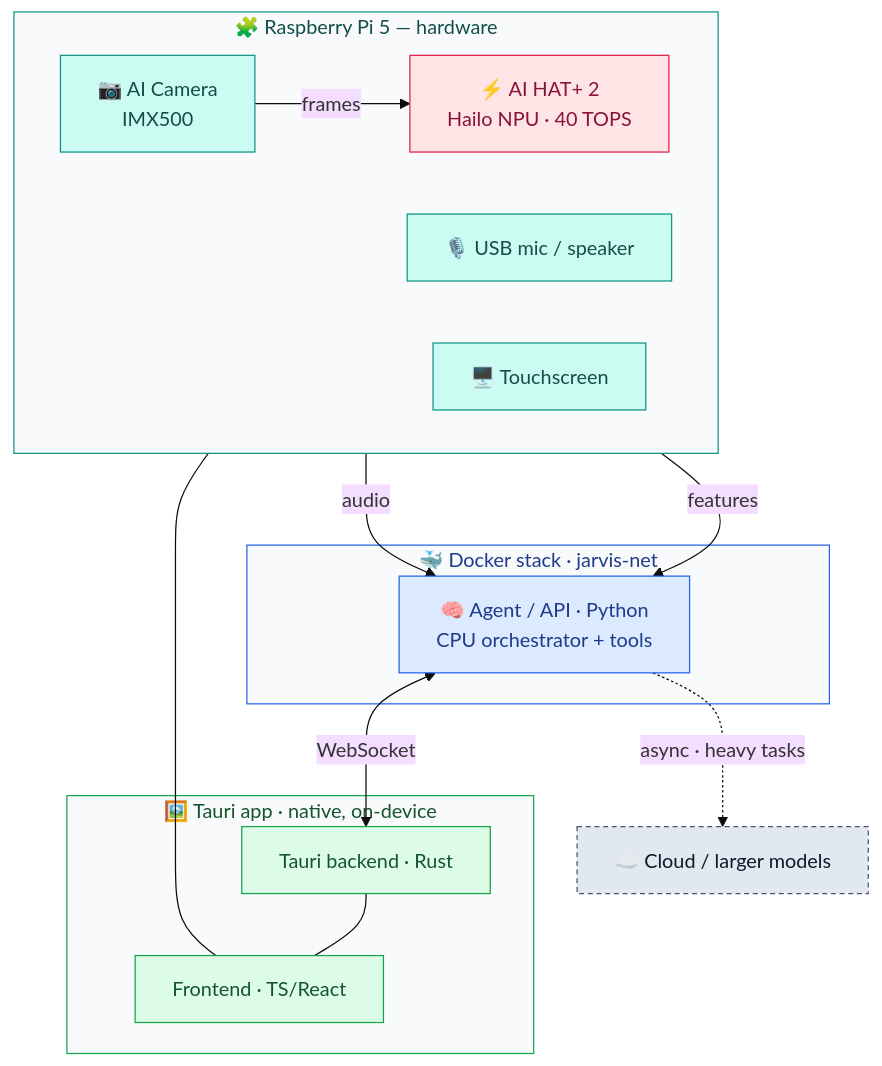
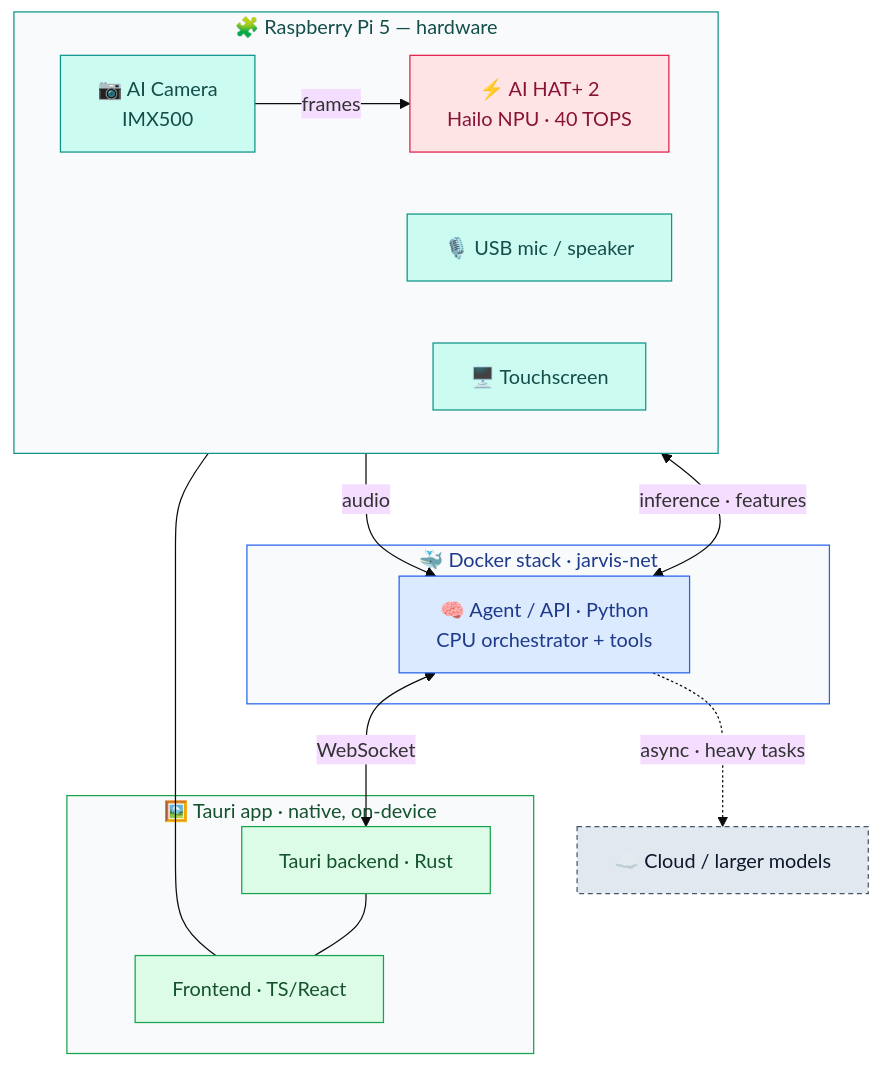
Before and after one commit to faering/jarvis: the diagram in docs/architecture.md, drawn with Mermaid (base theme).

Commit message:
docs: make the CPU <-> Hailo link bidirectional
The Pi 5 CPU orchestrator dispatches inference to the Hailo-10H (LLM / STT / TTS /
vision) and receives results, in addition to the camera -> Hailo -> agent
perception flow. Re-applied; the original fix was orphaned when the branch was
auto-deleted on merge of #54.

Refs #40

````diff
--- a/docs/architecture.md
+++ b/docs/architecture.md
@@ -6,39 +6,39 @@
 ```mermaid
 flowchart TB
   subgraph HW["🧩 Raspberry Pi 5 — hardware"]
     direction LR
     CAM["📷 AI Camera<br/>IMX500"]
     HAT["⚡ AI HAT+ 2<br/>Hailo NPU · 40 TOPS"]
     MIC["🎙️ USB mic / speaker"]
     SCR["🖥️ Touchscreen"]
   end
   subgraph DOCKER["🐳 Docker stack · jarvis-net"]
     AGENT["🧠 Agent / API · Python<br/>CPU orchestrator + tools"]
   end
   subgraph APP["🖼️ Tauri app · native, on-device"]
     UI["Frontend · TS/React"]
     RUST["Tauri backend · Rust"]
   end
   CLOUD["☁️ Cloud / larger models"]
 
   CAM -->|frames| HAT
-  HAT -->|features| AGENT
+  HAT <-->|inference · features| AGENT
   MIC -->|audio| AGENT
   AGENT <-->|WebSocket| RUST
   RUST --- UI --- SCR
   AGENT -.->|async · heavy tasks| CLOUD
 
   classDef hw fill:#CCFBF1,stroke:#0D9488,color:#134E4A;
   classDef acc fill:#FFE4E6,stroke:#E11D48,color:#881337;
   classDef agent fill:#DBEAFE,stroke:#2563EB,color:#1E3A8A;
   classDef app fill:#DCFCE7,stroke:#16A34A,color:#14532D;
   classDef cloud fill:#E2E8F0,stroke:#475569,color:#0F172A,stroke-dasharray:4 3;
   class CAM,MIC,SCR hw
   class HAT acc
   class AGENT agent
   class UI,RUST app
   class CLOUD cloud
   style HW fill:#F8FAFC,stroke:#0D9488,color:#134E4A
   style DOCKER fill:#F8FAFC,stroke:#2563EB,color:#1E3A8A
   style APP fill:#F8FAFC,stroke:#16A34A,color:#14532D
 ```
````
